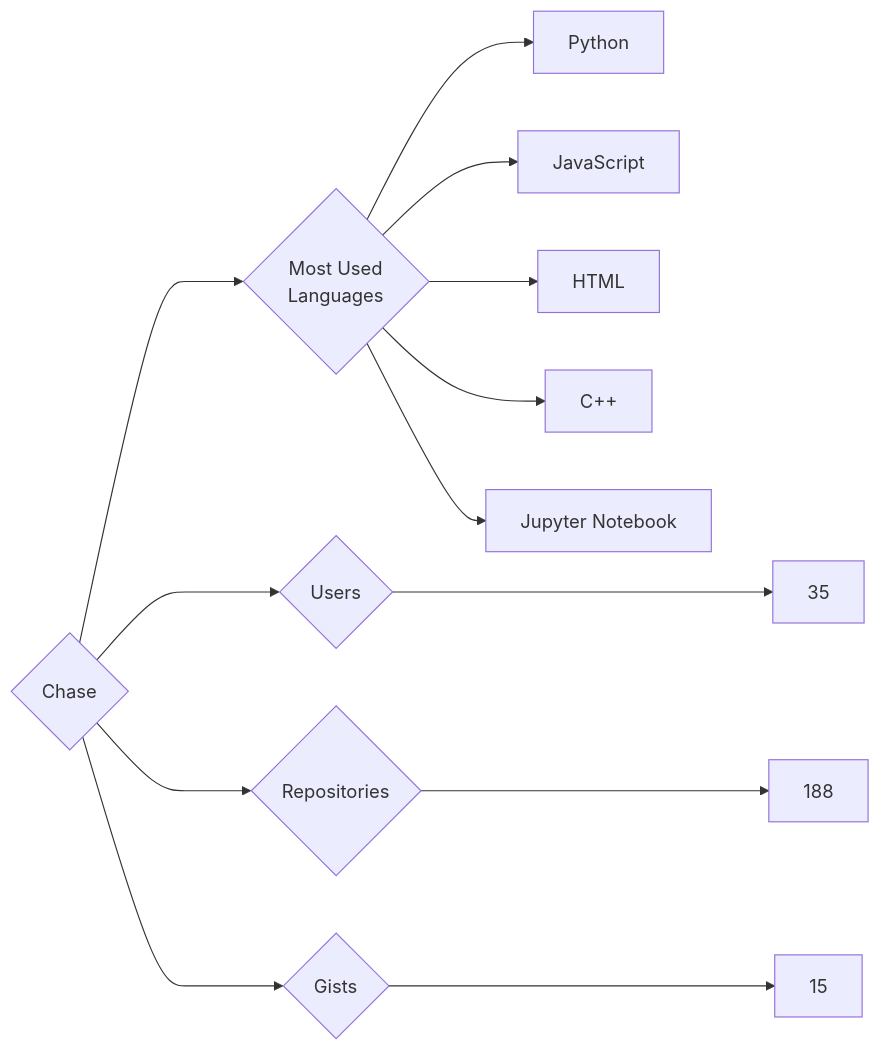
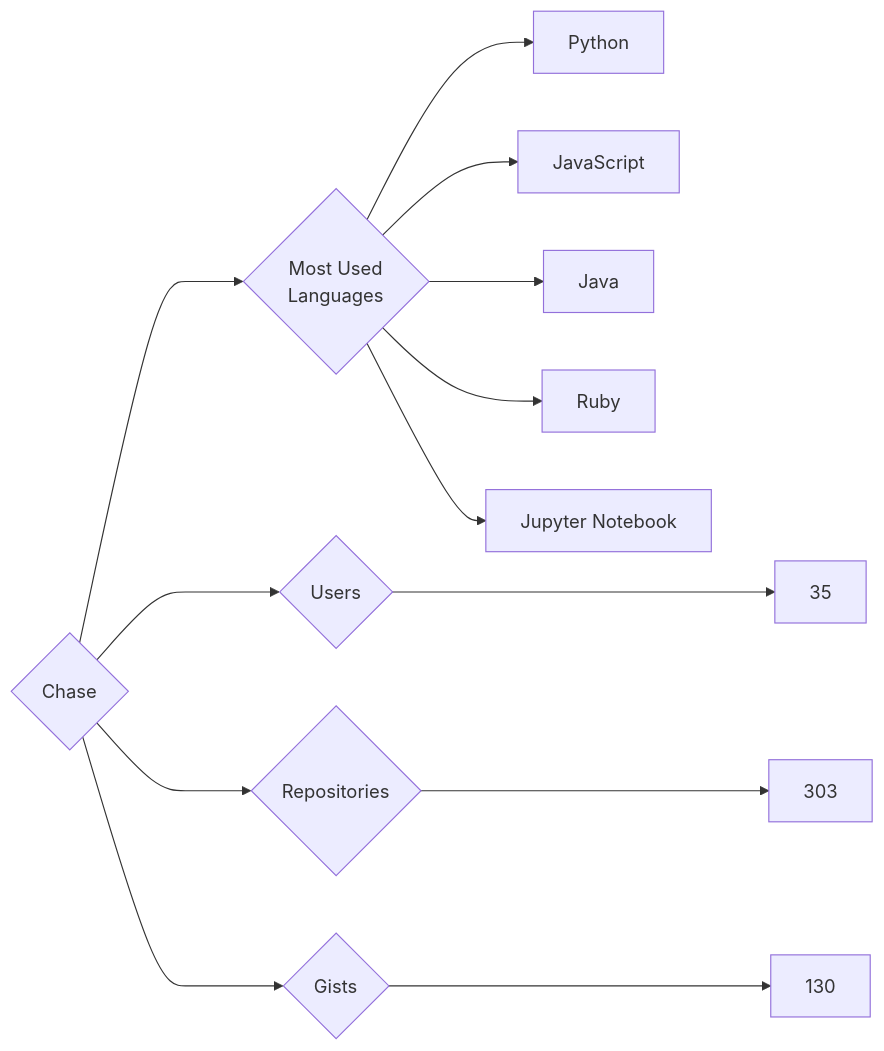
The diagram in targets/Chase/README.md (trickest/insiders), drawn with Mermaid before and after one commit. The commit also changed 782 other files, not shown here.

````diff
--- a/targets/Chase/README.md
+++ b/targets/Chase/README.md
@@ -3,13 +3,13 @@
 ```mermaid
 graph LR
 COMPANY_NAME{Chase}
 COMPANY_NAME ---> U{Users} ---> UN[35]
-COMPANY_NAME ---> R{Repositories} ---> RN[188]
-COMPANY_NAME ---> G{Gists} ---> GN[15]
+COMPANY_NAME ---> R{Repositories} ---> RN[303]
+COMPANY_NAME ---> G{Gists} ---> GN[130]
 COMPANY_NAME ---> ML{Most Used<br>Languages}
 ML --> Python[Python]
 ML --> JavaScript[JavaScript]
-ML --> HTML[HTML]
-ML --> C++[C++]
+ML --> Java[Java]
+ML --> Ruby[Ruby]
 ML --> Jupyter_Notebook[Jupyter Notebook]
 ```
````
